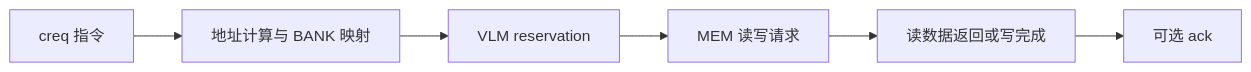
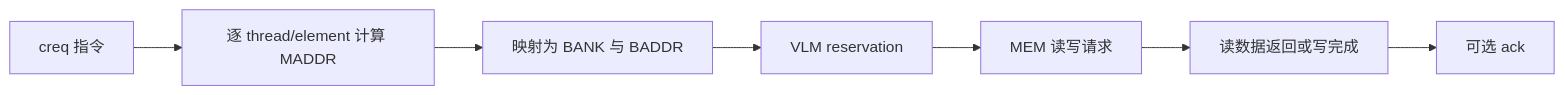
Before and after one commit to euphgh/sharemem: the diagram in docs/ut_shm/spec/dut-overview.md, drawn with Mermaid. The commit also changed 1 other file, not shown here.

Commit message:
refine basic dut address spec

````diff
--- a/docs/ut_shm/spec/dut-overview.md
+++ b/docs/ut_shm/spec/dut-overview.md
@@ -14,8 +14,9 @@
 ```mermaid
 flowchart LR
-    A["creq 指令"] --> B["地址计算与 BANK 映射"]
-    B --> C["VLM reservation"]
-    C --> D["MEM 读写请求"]
-    D --> E["读数据返回或写完成"]
-    E --> F["可选 ack"]
+    A["creq 指令"] --> B["逐 thread/element 计算 MADDR"]
+    B --> C["映射为 BANK 与 BADDR"]
+    C --> D["VLM reservation"]
+    D --> E["MEM 读写请求"]
+    E --> F["读数据返回或写完成"]
+    F --> G["可选 ack"]
 ```
````
